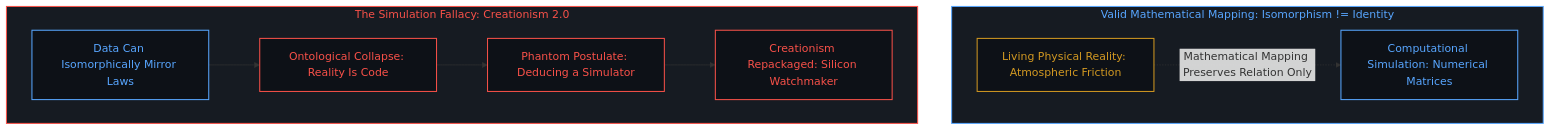
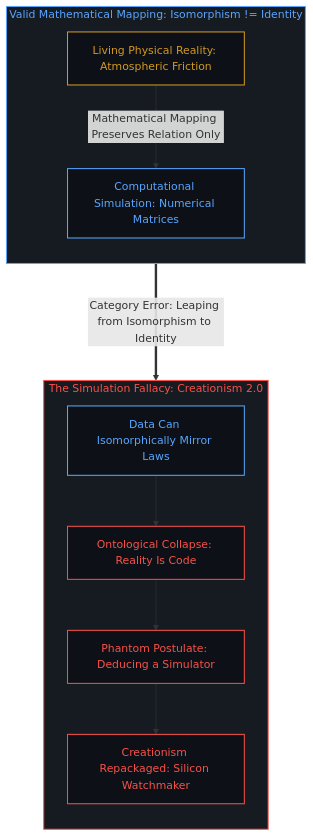
One commit to powerpig99/not-a-toe changed the fourth of 10 diagrams in content/posts/all-that-can-be-spoken-is-the-product-of-the-unspeakable.md. Above: the diagram before and after it, drawn with Mermaid. The commit also changed other lines of this file and 1 other file, not shown here.

Commit message:
Convert Post #333 Mermaid diagrams to strictly vertical mobile-friendly top-down flow and add audit invariant

````diff
--- a/content/posts/all-that-can-be-spoken-is-the-product-of-the-unspeakable.md
+++ b/content/posts/all-that-can-be-spoken-is-the-product-of-the-unspeakable.md
@@ -115,25 +127,29 @@
 ```mermaid
 graph TD
     classDef default fill:#0d1117,stroke:#30363d,stroke-width:1px,color:#f0f6fc;
     classDef mind fill:#0d1117,stroke:#3fb950,stroke-width:1.5px,color:#3fb950;
     classDef failure fill:#0d1117,stroke:#f85149,stroke-width:1.5px,color:#f85149;
     classDef scaffold fill:#0d1117,stroke:#d29922,stroke-width:1.5px,color:#d29922;
     classDef model fill:#0d1117,stroke:#58a6ff,stroke-width:1.5px,color:#58a6ff;
 
     subgraph S_Isomorphism_EN ["Valid Mathematical Mapping: Isomorphism != Identity"]
+        direction TB
         IE1["Living Physical Reality: Atmospheric Friction"]:::scaffold
         IE2["Computational Simulation: Numerical Matrices"]:::model
-        IE1 -.->|"Mathematical Mapping Preserves Relation Only"| IE2
+        IE1 -->|"Mathematical Mapping Preserves Relation Only"| IE2
     end
 
     subgraph S_Collapse_EN ["The Simulation Fallacy: Creationism 2.0"]
+        direction TB
         CE1["Data Can Isomorphically Mirror Laws"]:::model
         CE2["Ontological Collapse: Reality Is Code"]:::failure
         CE3["Phantom Postulate: Deducing a Simulator"]:::failure
         CE4["Creationism Repackaged: Silicon Watchmaker"]:::failure
         CE1 --> CE2 --> CE3 --> CE4
     end
 
+    IE2 ===>|"Category Error: Leaping from Isomorphism to Identity"| CE1
+
     style S_Isomorphism_EN fill:#161b22,stroke:#58a6ff,stroke-width:1.5px,color:#58a6ff
     style S_Collapse_EN fill:#161b22,stroke:#f85149,stroke-width:1.5px,color:#f85149
 ```
````
